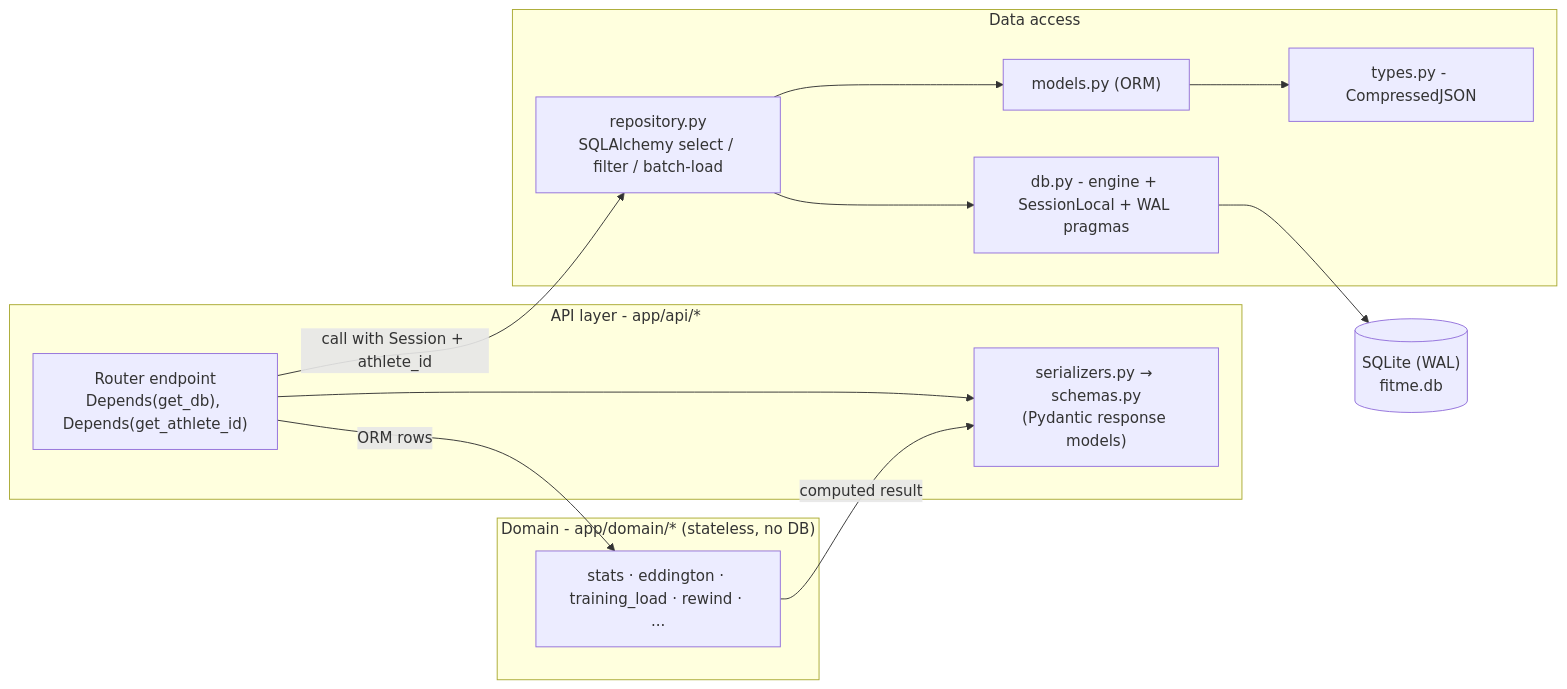
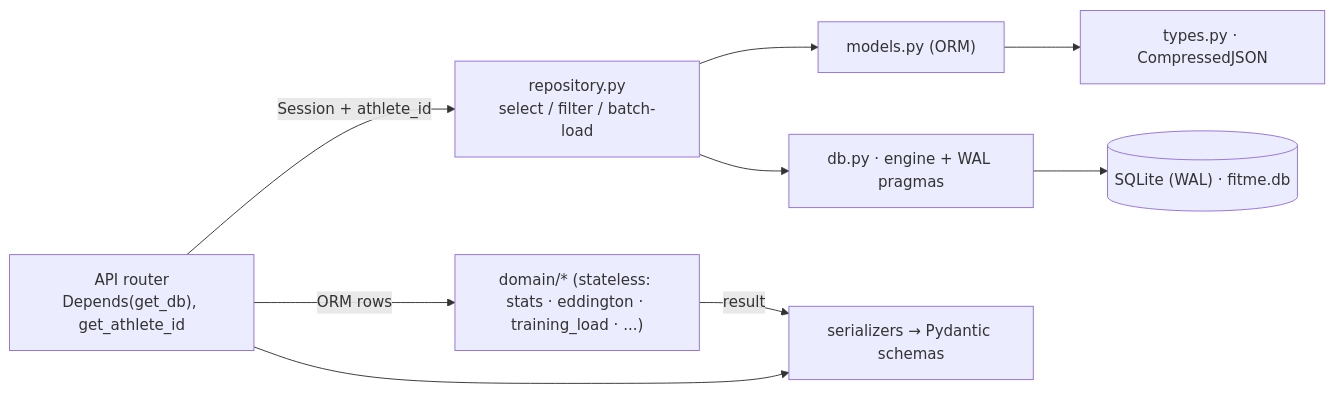
One commit to iiey/fitme changed the third of 4 diagrams in doc/database.md. Above: the diagram before and after it, drawn with Mermaid. The commit also changed other lines of this file and 3 other files, not shown here.

````diff
--- a/doc/database.md
+++ b/doc/database.md
@@ -456,24 +267,9 @@
 ```mermaid
 flowchart LR
-    subgraph API["API layer - app/api/*"]
-        R["Router endpoint<br/>Depends(get_db), Depends(get_athlete_id)"]
-        SER["serializers.py → schemas.py<br/>(Pydantic response models)"]
-    end
-    subgraph Data["Data access"]
-        REPO["repository.py<br/>SQLAlchemy select / filter / batch-load"]
-        MOD["models.py (ORM)"]
-        TYP["types.py - CompressedJSON"]
-        DBM["db.py - engine + SessionLocal + WAL pragmas"]
-    end
-    subgraph Domain["Domain - app/domain/* (stateless, no DB)"]
-        DOM["stats · eddington · training_load · rewind · ..."]
-    end
-    SQLITE[("SQLite (WAL)<br/>fitme.db")]
-
-    R -->|"call with Session + athlete_id"| REPO
-    REPO --> MOD --> TYP
-    REPO --> DBM --> SQLITE
-    R -->|"ORM rows"| DOM
-    DOM -->|"computed result"| SER
+    R["API router<br/>Depends(get_db), get_athlete_id"] -->|"Session + athlete_id"| REPO["repository.py<br/>select / filter / batch-load"]
+    REPO --> MOD["models.py (ORM)"] --> TYP["types.py · CompressedJSON"]
+    REPO --> DBM["db.py · engine + WAL pragmas"] --> SQLITE[("SQLite (WAL) · fitme.db")]
+    R -->|"ORM rows"| DOM["domain/* (stateless: stats · eddington · training_load · ...)"]
+    DOM -->|"result"| SER["serializers → Pydantic schemas"]
     R --> SER
 ```
````
